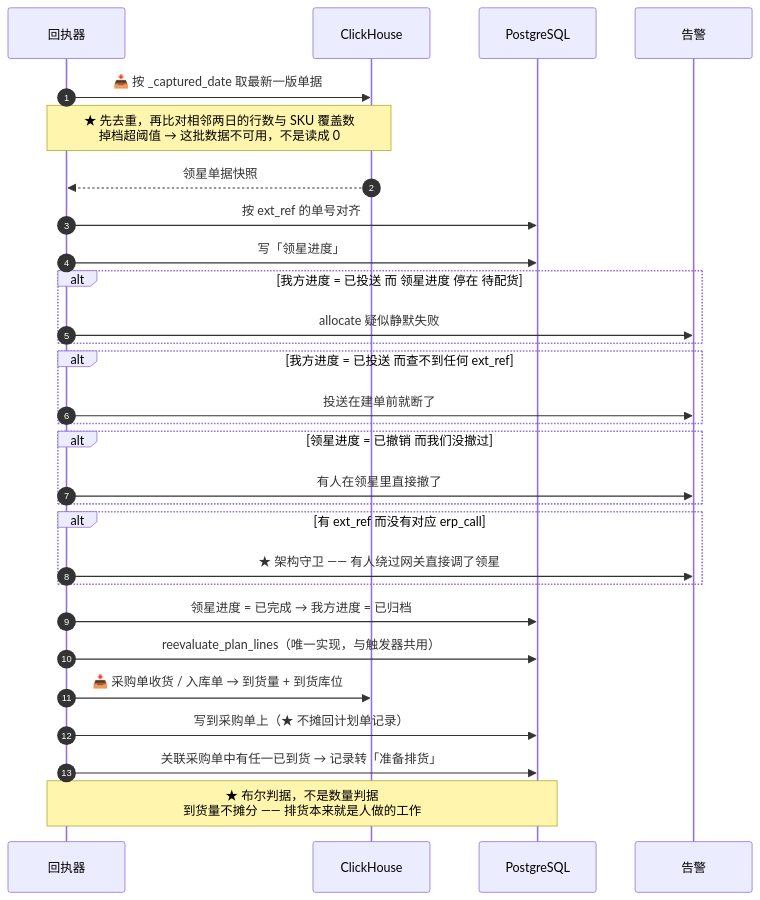
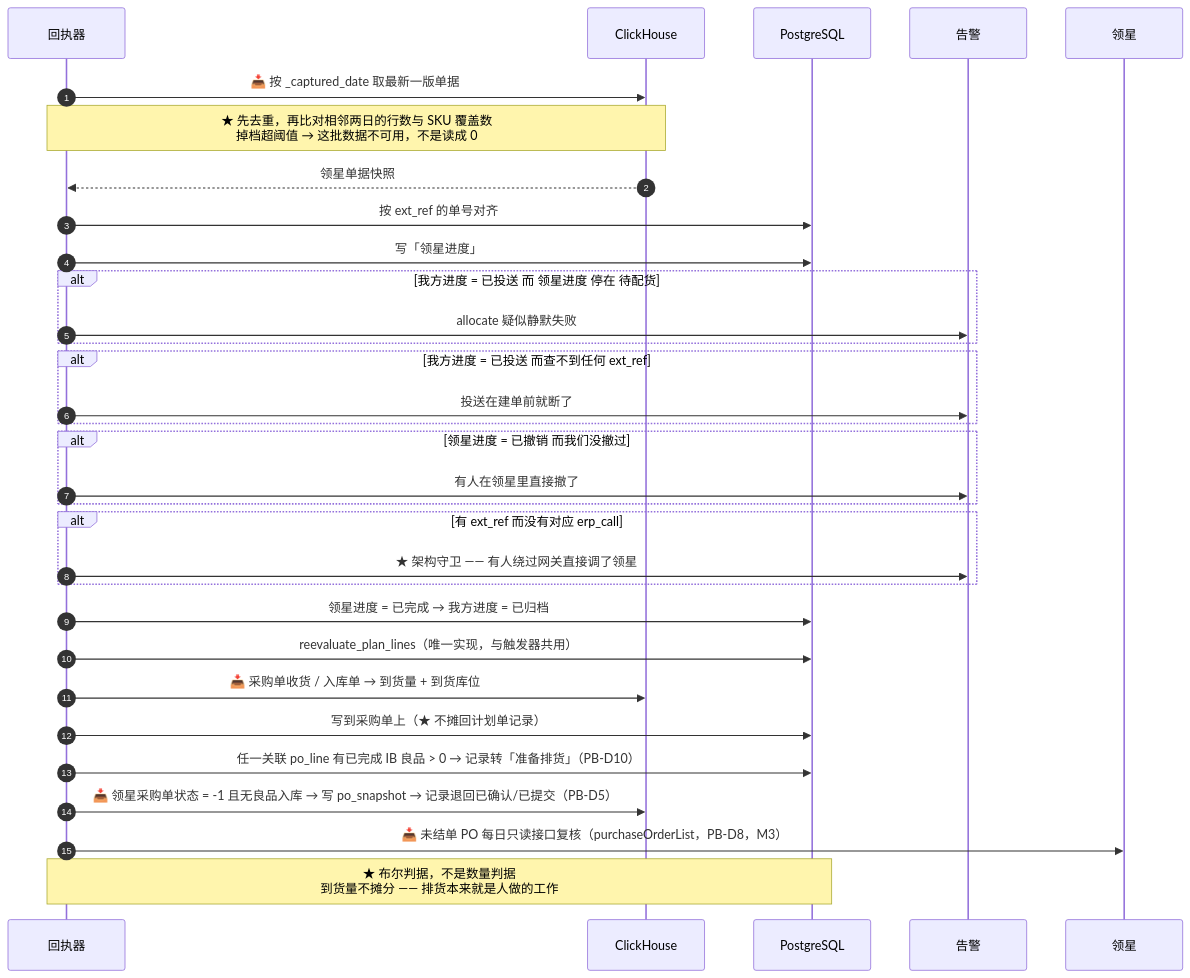
The sixth of 7 diagrams in docs/07-核心业务模块时序.md (DuoWeiTree/service_supplychain), drawn with Mermaid before and after one commit. The commit also changed other lines of this file and 10 other files, not shown here.

````diff
--- a/docs/07-核心业务模块时序.md
+++ b/docs/07-核心业务模块时序.md
@@ -365,34 +391,37 @@
 ```mermaid
 sequenceDiagram
     autonumber
     participant JOB as 回执器
     participant CH as ClickHouse
     participant PG as PostgreSQL
     participant ALERT as 告警
+    participant LX as 领星
 
     JOB->>CH: 📥 按 _captured_date 取最新一版单据
     Note over JOB,CH: ★ 先去重，再比对相邻两日的行数与 SKU 覆盖数<br/>掉档超阈值 → 这批数据不可用，不是读成 0
     CH-->>JOB: 领星单据快照
     JOB->>PG: 按 ext_ref 的单号对齐
     JOB->>PG: 写「领星进度」
 
     alt 我方进度 = 已投送 而 领星进度 停在 待配货
         JOB->>ALERT: allocate 疑似静默失败
     end
     alt 我方进度 = 已投送 而查不到任何 ext_ref
         JOB->>ALERT: 投送在建单前就断了
     end
     alt 领星进度 = 已撤销 而我们没撤过
         JOB->>ALERT: 有人在领星里直接撤了
     end
     alt 有 ext_ref 而没有对应 erp_call
         JOB->>ALERT: ★ 架构守卫 —— 有人绕过网关直接调了领星
     end
 
     JOB->>PG: 领星进度 = 已完成 → 我方进度 = 已归档
     JOB->>PG: reevaluate_plan_lines（唯一实现，与触发器共用）
     JOB->>CH: 📥 采购单收货 / 入库单 → 到货量 + 到货库位
     JOB->>PG: 写到采购单上（★ 不摊回计划单记录）
-    JOB->>PG: 关联采购单中有任一已到货 → 记录转「准备排货」
+    JOB->>PG: 任一关联 po_line 有已完成 IB 良品 > 0 → 记录转「准备排货」（PB-D10）
+    JOB->>CH: 📥 领星采购单状态 = -1 且无良品入库 → 写 po_snapshot → 记录退回已确认/已提交（PB-D5）
+    JOB->>LX: 📥 未结单 PO 每日只读接口复核（purchaseOrderList，PB-D8，M3）
     Note over JOB,PG: ★ 布尔判据，不是数量判据<br/>到货量不摊分 —— 排货本来就是人做的工作
 ```
````
